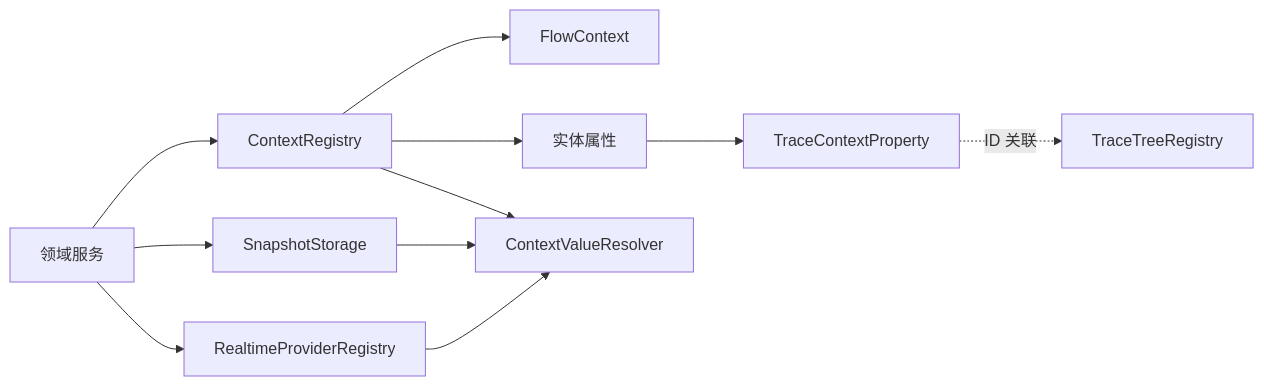
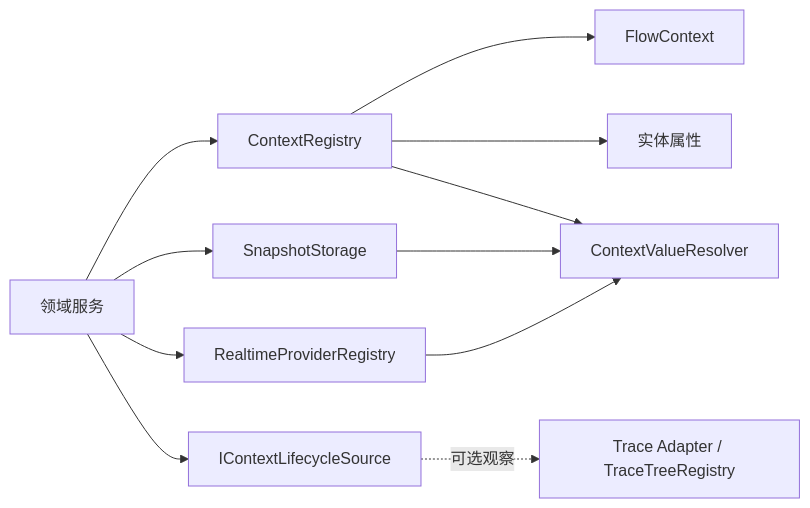
One commit to HOBOBO/AbilityKit changed the first of 3 diagrams in Docs/design/13-FrameworkCore/04-ContextFlowSnapshotAndTraceBridge.md. Above: the diagram before and after it, drawn with Mermaid. The commit also changed other lines of this file and 1591 other files, not shown here.

````diff
--- a/Docs/design/13-FrameworkCore/04-ContextFlowSnapshotAndTraceBridge.md
+++ b/Docs/design/13-FrameworkCore/04-ContextFlowSnapshotAndTraceBridge.md
@@ -29,13 +29,13 @@
 ```mermaid
 flowchart LR
     Domain[领域服务] --> Registry[ContextRegistry]
     Domain --> Snapshots[SnapshotStorage]
     Domain --> Providers[RealtimeProviderRegistry]
     Registry --> Flow[FlowContext]
     Registry --> Props[实体属性]
-    Props --> TraceProp[TraceContextProperty]
+    Domain --> Lifecycle[IContextLifecycleSource]
     Providers --> Resolver[ContextValueResolver]
     Registry --> Resolver
     Snapshots --> Resolver
-    TraceProp -. ID 关联 .-> Trace[TraceTreeRegistry]
+    Lifecycle -. 可选观察 .-> Trace[Trace Adapter / TraceTreeRegistry]
 ```
````
